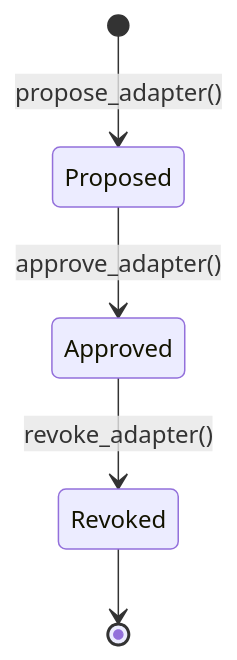
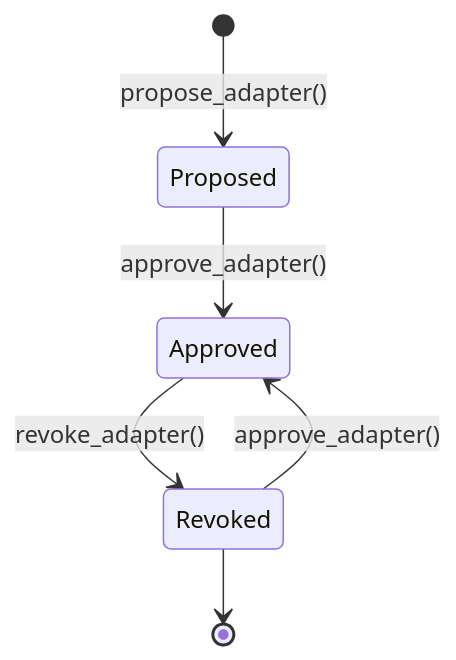
Before and after one commit to max-de-bug/solana-yield-adapter-standard: the diagram in docs-site/registry.mdx, drawn with Mermaid. The commit also changed other lines of this file and 9 other files, not shown here.

````diff
--- a/docs-site/registry.mdx
+++ b/docs-site/registry.mdx
@@ -14,7 +14,8 @@
 ```mermaid
 stateDiagram-v2
     [*] --> Proposed: propose_adapter()
     Proposed --> Approved: approve_adapter()
     Approved --> Revoked: revoke_adapter()
+    Revoked --> Approved: approve_adapter()
     Revoked --> [*]
 ```
````
